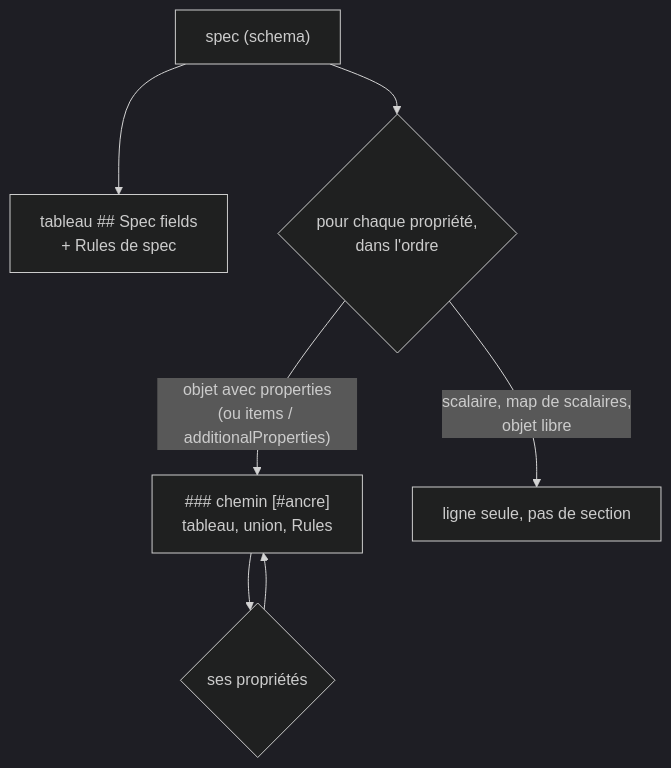
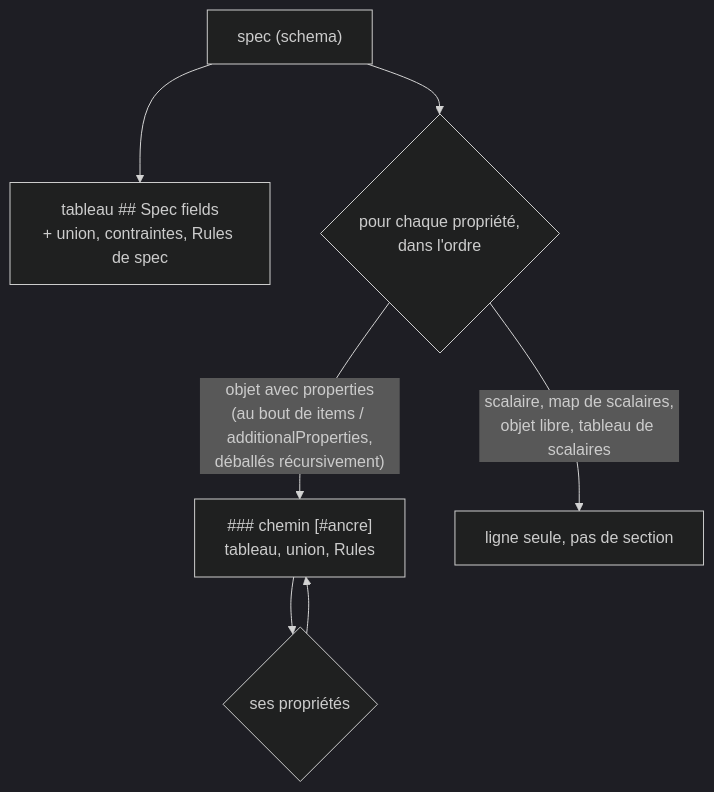
The second of 4 diagrams in docs/rfc-0004-crd-reference-nested-fields.md (batleforc/weebo-operator-kit), drawn with Mermaid (dark theme) before and after one commit. The commit also changed other lines of this file, not shown here.

````diff
--- a/docs/rfc-0004-crd-reference-nested-fields.md
+++ b/docs/rfc-0004-crd-reference-nested-fields.md
@@ -254,9 +330,9 @@
 ```mermaid
 flowchart TD
-    S["spec (schema)"] --> T["tableau ## Spec fields<br/>+ Rules de spec"]
+    S["spec (schema)"] --> T["tableau ## Spec fields<br/>+ union, contraintes, Rules de spec"]
     S --> W{"pour chaque propriété,<br/>dans l'ordre"}
-    W -->|"objet avec properties<br/>(ou items / additionalProperties)"| O["### chemin #91;#ancre#93;<br/>tableau, union, Rules"]
+    W -->|"objet avec properties<br/>(au bout de items / additionalProperties,<br/>déballés récursivement)"| O["### chemin #91;#ancre#93;<br/>tableau, union, Rules"]
     O --> W2{"ses propriétés"}
     W2 --> O
-    W -->|"scalaire, map de scalaires,<br/>objet libre"| L["ligne seule, pas de section"]
+    W -->|"scalaire, map de scalaires,<br/>objet libre, tableau de scalaires"| L["ligne seule, pas de section"]
 ```
````
